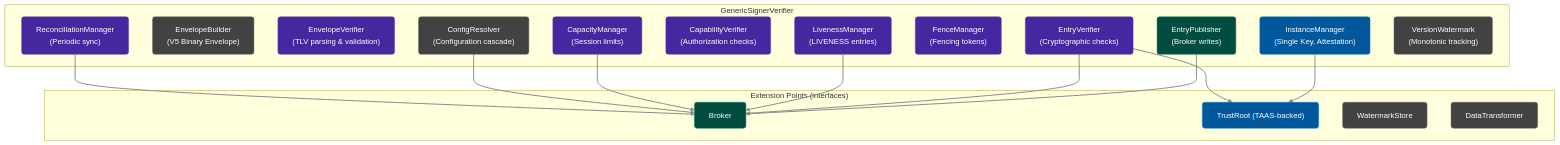
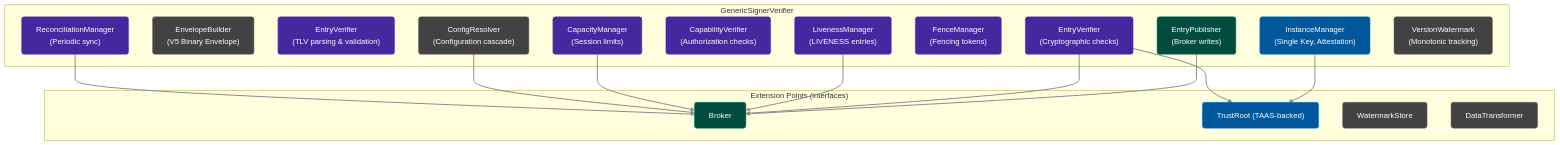
One commit to cyfko/veridot changed the diagram in docs/docs/modules/veridot-core.md. Above: the diagram before and after it, drawn with Mermaid. The commit also changed other lines of this file and 31 other files, not shown here.

Commit message:
docs: align documentation with Veridot V5 Zero-Trust architecture

````diff
--- a/docs/docs/modules/veridot-core.md
+++ b/docs/docs/modules/veridot-core.md
@@ -48,47 +48,47 @@
 ```mermaid
 graph TB
 
     %% Premium Theme
     linkStyle default stroke:#888888,stroke-width:2px;
     classDef default fill:#424242,stroke:#616161,stroke-width:1px,color:#fff,rx:5px,ry:5px;
     classDef service fill:#4527a0,stroke:#5e35b1,stroke-width:1px,color:#fff,rx:5px,ry:5px;
     classDef broker fill:#004d40,stroke:#00695c,stroke-width:1px,color:#fff,rx:5px,ry:5px;
     classDef db fill:#bf360c,stroke:#d84315,stroke-width:1px,color:#fff,rx:5px,ry:5px;
     classDef taas fill:#01579b,stroke:#0277bd,stroke-width:1px,color:#fff,rx:5px,ry:5px;
 
     subgraph "GenericSignerVerifier"
         IM["InstanceManager<br/>(Single Key, Attestation)"]
         JM["EnvelopeBuilder<br/>(V5 Binary Envelope)"]
-        JV["EnvelopeVerifier<br/>(TLV parsing & validation)"]
+        JV["EntryVerifier<br/>(TLV parsing & validation)"]
         EP["EntryPublisher<br/>(Broker writes)"]
         EV["EntryVerifier<br/>(Cryptographic checks)"]
         CV["CapabilityVerifier<br/>(Authorization checks)"]
         LM["LivenessManager<br/>(LIVENESS entries)"]
         FM["FenceManager<br/>(Fencing tokens)"]
         CM["CapacityManager<br/>(Session limits)"]
         CR["ConfigResolver<br/>(Configuration cascade)"]
         RM["ReconciliationManager<br/>(Periodic sync)"]
         VW["VersionWatermark<br/>(Monotonic tracking)"]
     end
 
     subgraph "Extension Points (interfaces)"
         B["Broker"]
         TR["TrustRoot (TAAS-backed)"]
         WS["WatermarkStore"]
         DT["DataTransformer"]
     end
 
     IM --> TR
     EP --> B
     EV --> B
     EV --> TR
     LM --> B
     CM --> B
     CR --> B
     RM --> B
 
     class RM,JV,CV,CM,FM,LM,EV service;
     class B,EP broker;
     class TR,IM taas;
 
 ```
````
